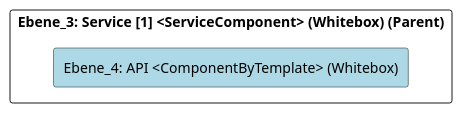
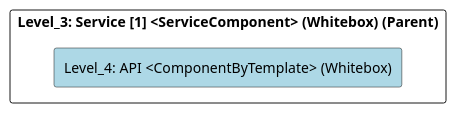
Before and after one commit to marcozwyssig/cleon: the diagram in src/cleon.architecturemethods.arc42.sample/doc/cleon_architecturemethods_arc42_sample_software_microservice/adoc/en/05_building_block_view/microservicesample/servicelayer/service_1/api/level_4_api.adoc, drawn with PlantUML. The commit also changed other lines of this file and 169 other files, not shown here.

```diff
--- a/src/cleon.architecturemethods.arc42.sample/doc/cleon_architecturemethods_arc42_sample_software_microservice/adoc/en/05_building_block_view/microservicesample/servicelayer/service_1/api/level_4_api.adoc
+++ b/src/cleon.architecturemethods.arc42.sample/doc/cleon_architecturemethods_arc42_sample_software_microservice/adoc/en/05_building_block_view/microservicesample/servicelayer/service_1/api/level_4_api.adoc
@@ -20,24 +20,24 @@
-[plantuml, Ebene_4: API <ComponentByTemplate> (Whitebox)BlockOverview, format="svg"]
+[plantuml, Level_4: API <ComponentByTemplate> (Whitebox)BlockOverview, format="svg"]
 ----
-@startuml Ebene_4: API <ComponentByTemplate> (Whitebox)BuildingBlockOverview
+@startuml Level_4: API <ComponentByTemplate> (Whitebox)BuildingBlockOverview
 
 skinparam ranksep 10
 skinparam componentStyle rectangle
 skinparam shadowing false
 skinparam arrowColor lightblue
 skinparam arrowThickness 1.2
 skinparam rectangle {
   BackgroundColor White
   BorderColor #333
   RoundCorner 10
 }
 top to bottom direction
 
-component "Ebene_3: Service [1] <ServiceComponent> (Whitebox) (Parent)" {
-    component "Ebene_4: API <ComponentByTemplate> (Whitebox)" #lightblue {
+component "Level_3: Service [1] <ServiceComponent> (Whitebox) (Parent)" {
+    component "Level_4: API <ComponentByTemplate> (Whitebox)" #lightblue {
     }
 
 }
 
 @enduml
 ----
```
